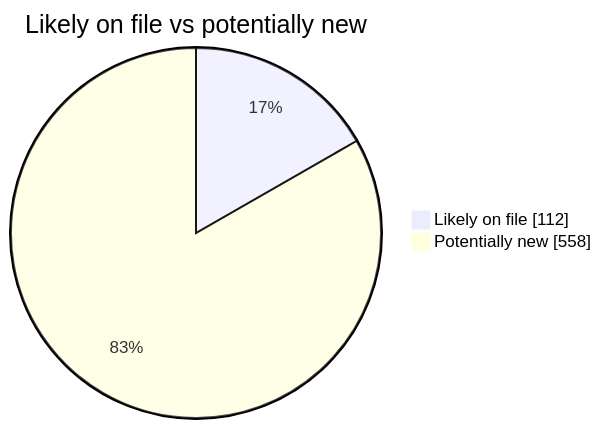
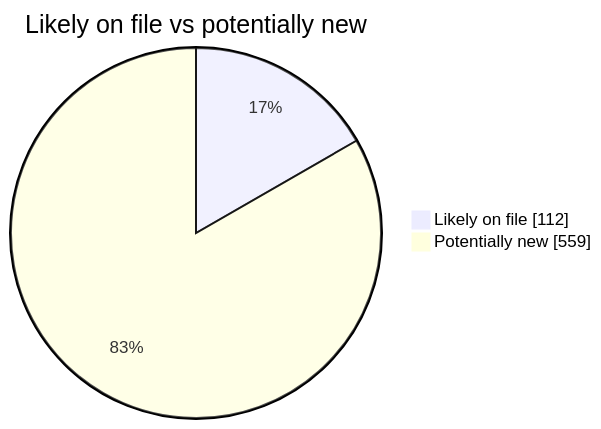
The second of 4 diagrams in README.md (martinbalfanz/social-scanner-reports), drawn with Mermaid before and after one commit. The commit also changed other lines of this file and 5 other files, not shown here.

````diff
--- a/README.md
+++ b/README.md
@@ -40,5 +40,5 @@
 ```mermaid
 pie showData title Likely on file vs potentially new
     "Likely on file" : 112
-    "Potentially new" : 558
+    "Potentially new" : 559
 ```
````
